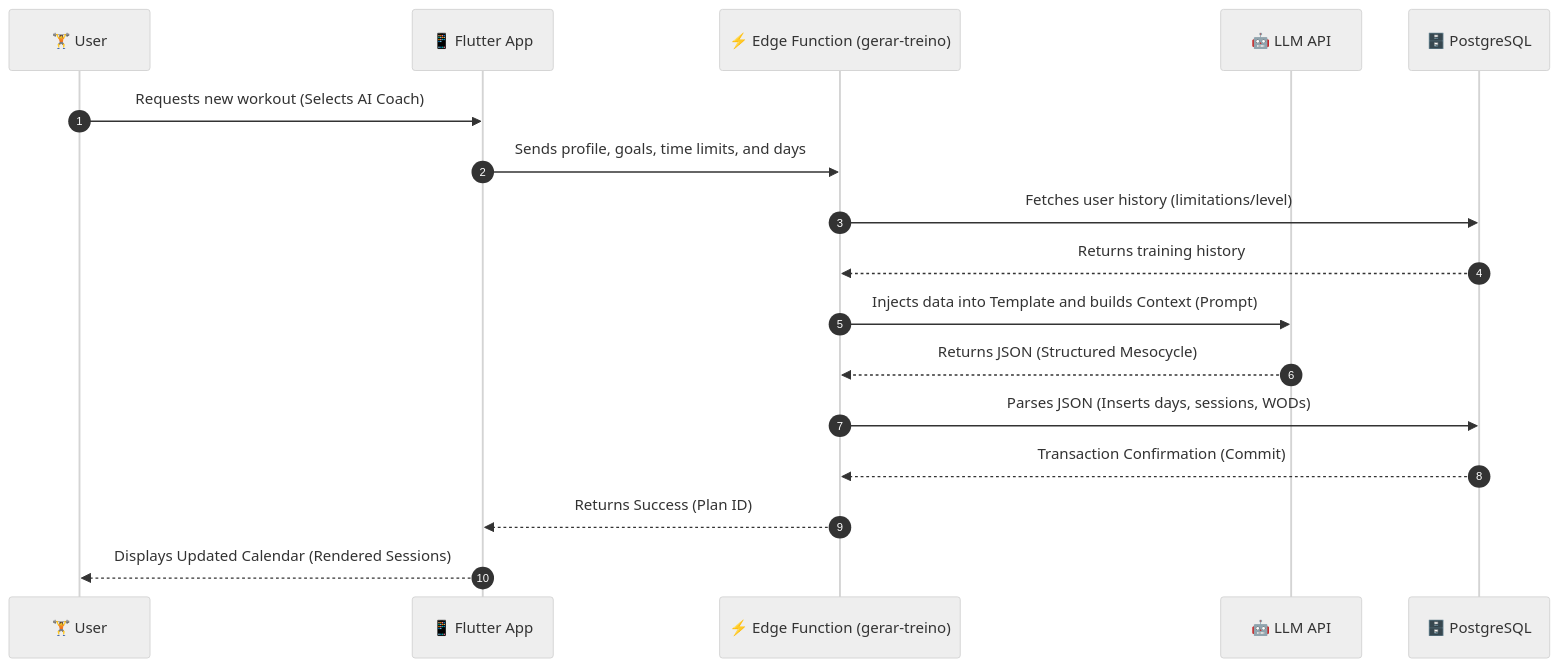
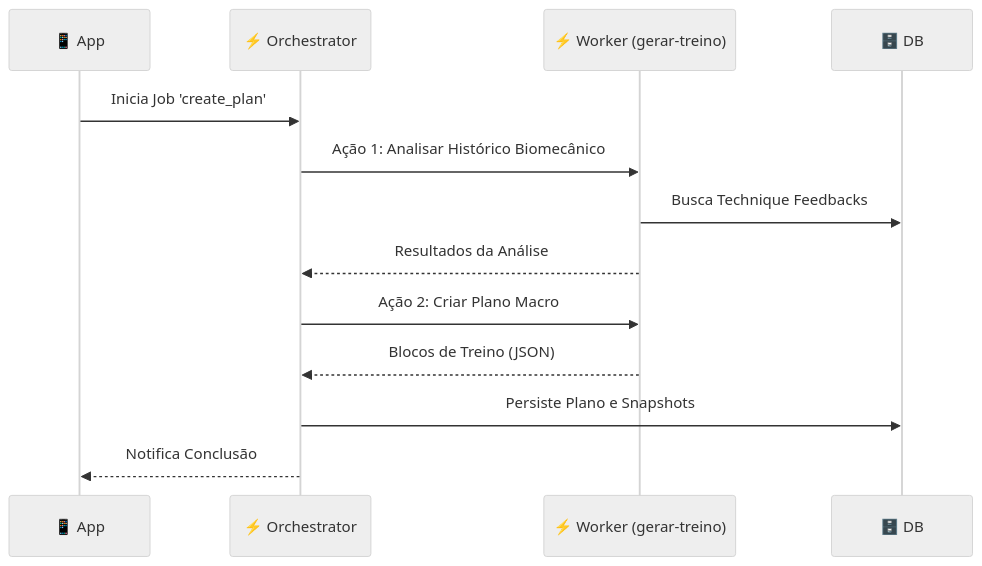
One commit to samuel-haddad/holy-squat-app changed the second of 3 diagrams in README.md. Above: the diagram before and after it, drawn with Mermaid (neutral theme). The commit also changed other lines of this file and 2 other files, not shown here.

Commit message:
Fix: erro de sintaxe em edit_plan_detail_screen.dart

````diff
--- a/README.md
+++ b/README.md
@@ -91,20 +84,16 @@
 ```mermaid
 sequenceDiagram
-    autonumber
-    participant User as 🏋️ User
-    participant App as 📱 Flutter App
-    participant Func as ⚡ Edge Function (gerar-treino)
-    participant LLM as 🤖 LLM API
-    participant DB as 🗄️ PostgreSQL
-
-    User->>App: Requests new workout (Selects AI Coach)
-    App->>Func: Sends profile, goals, time limits, and days
-    Func->>DB: Fetches user history (limitations/level)
-    DB-->>Func: Returns training history
-    Func->>LLM: Injects data into Template and builds Context (Prompt)
-    LLM-->>Func: Returns JSON (Structured Mesocycle)
-    Func->>DB: Parses JSON (Inserts days, sessions, WODs)
-    DB-->>Func: Transaction Confirmation (Commit)
-    Func-->>App: Returns Success (Plan ID)
-    App-->>User: Displays Updated Calendar (Rendered Sessions)
+    participant App as 📱 App
+    participant Orch as ⚡ Orchestrator
+    participant Worker as ⚡ Worker (gerar-treino)
+    participant DB as 🗄️ DB
+    
+    App->>Orch: Inicia Job 'create_plan'
+    Orch->>Worker: Ação 1: Analisar Histórico Biomecânico
+    Worker->>DB: Busca Technique Feedbacks
+    Worker-->>Orch: Resultados da Análise
+    Orch->>Worker: Ação 2: Criar Plano Macro
+    Worker-->>Orch: Blocos de Treino (JSON)
+    Orch->>DB: Persiste Plano e Snapshots
+    Orch-->>App: Notifica Conclusão
 ```
````
